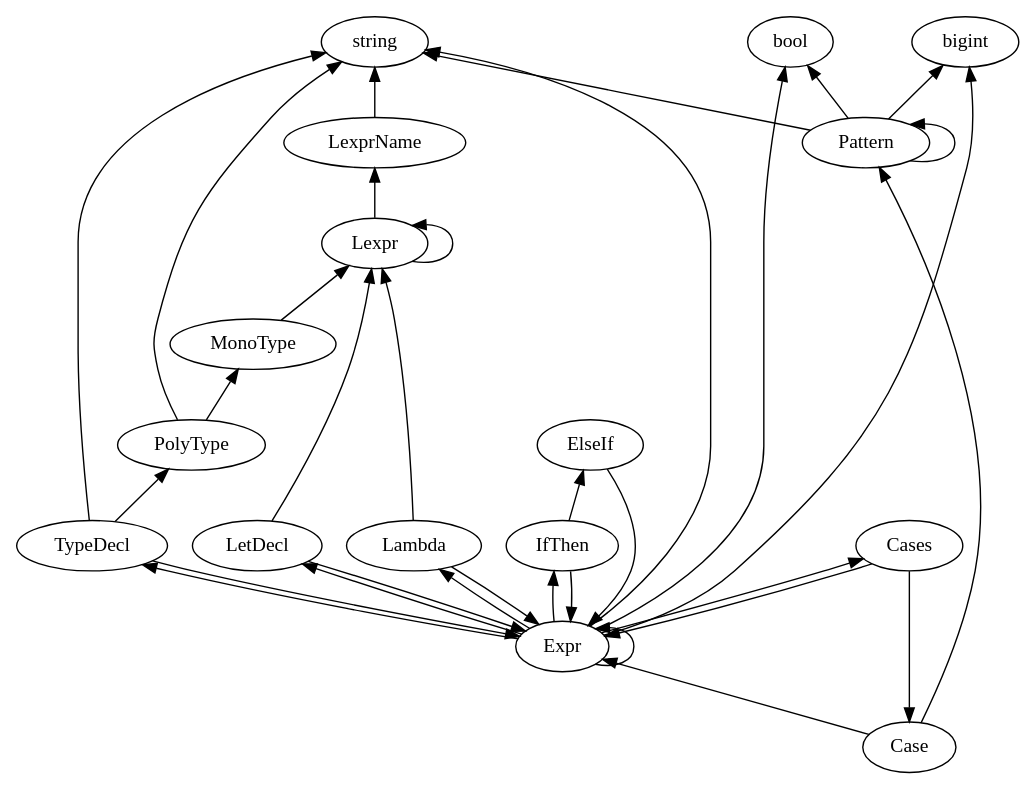
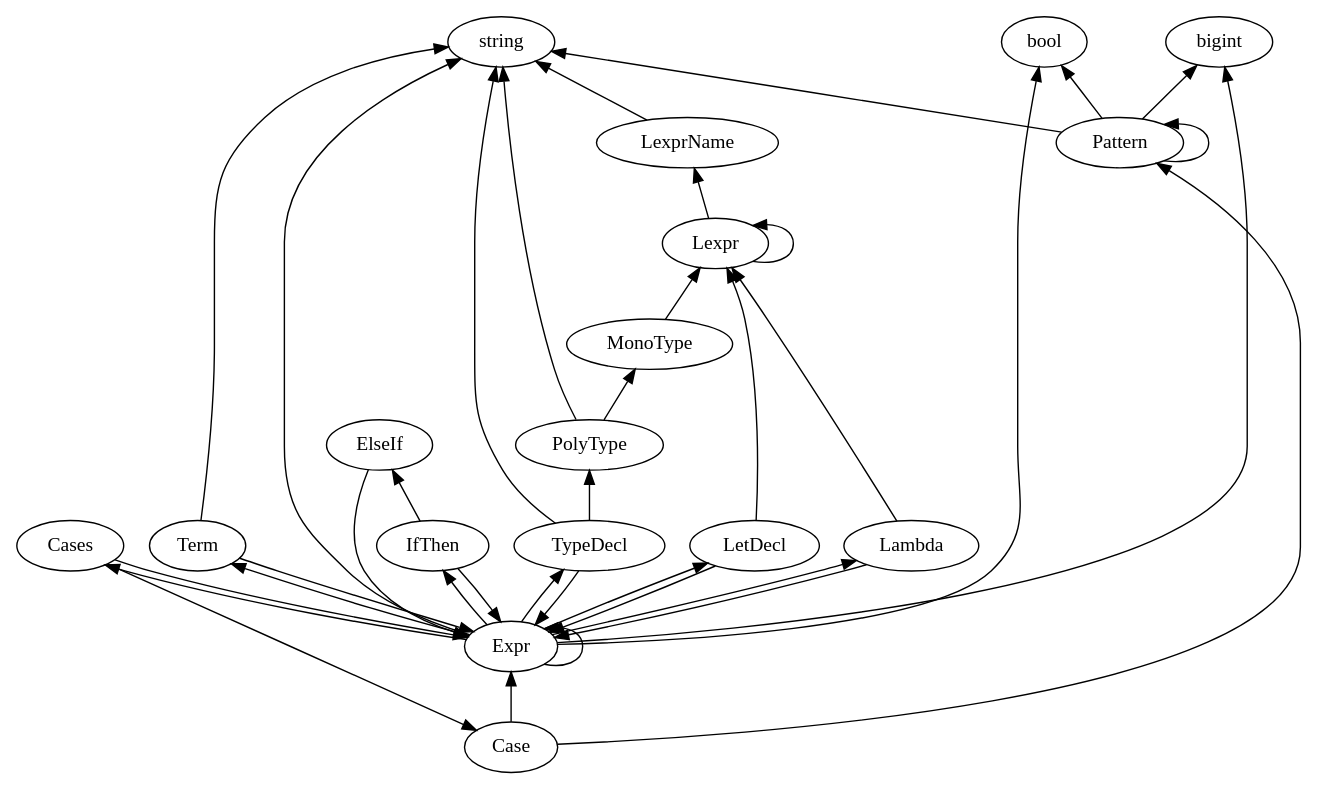
The diagram in generated/productions.dot (plutoscarab/Arafel), drawn with Graphviz before and after one commit. The commit also changed 9 other files, not shown here.

```diff
--- a/generated/productions.dot
+++ b/generated/productions.dot
@@ -1,37 +1,40 @@
 digraph G {
     rankdir="BT"
     { rank=same; bool; bigint; string; }
     Case -> Pattern
     Case -> Expr
     Cases -> Expr
     Cases -> Case
     ElseIf -> Expr
     Expr -> Expr
     Expr -> bigint
     Expr -> string
     Expr -> bool
     Expr -> Lambda
     Expr -> Cases
     Expr -> IfThen
     Expr -> LetDecl
     Expr -> TypeDecl
+    Expr -> Term
     IfThen -> Expr
     IfThen -> ElseIf
     Lambda -> Lexpr
     Lambda -> Expr
     LetDecl -> Lexpr
     LetDecl -> Expr
     Lexpr -> LexprName
     Lexpr -> Lexpr
     LexprName -> string
     MonoType -> Lexpr
     Pattern -> string
     Pattern -> Pattern
     Pattern -> bigint
     Pattern -> bool
     PolyType -> string
     PolyType -> MonoType
+    Term -> string
+    Term -> Expr
     TypeDecl -> string
     TypeDecl -> PolyType
     TypeDecl -> Expr
 }
```
